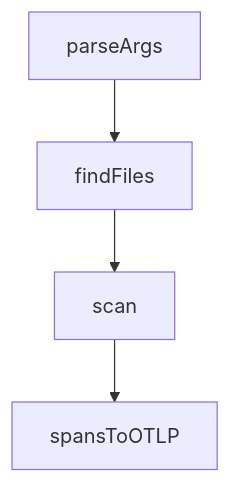
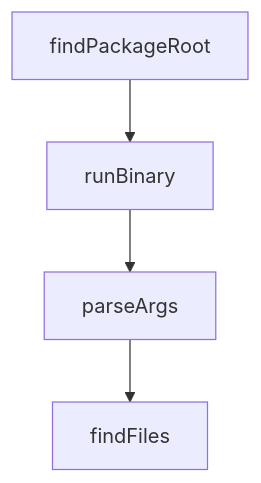
One commit to johnxie/awesome-code-docs changed the diagram in tutorials/codemachine-cli-tutorial/01-getting-started.md. Above: the diagram before and after it, drawn with Mermaid. The commit also changed other lines of this file and 1232 other files, not shown here.

````diff
--- a/tutorials/codemachine-cli-tutorial/01-getting-started.md
+++ b/tutorials/codemachine-cli-tutorial/01-getting-started.md
@@ -210,10 +208,10 @@
 ```mermaid
 flowchart TD
-    A[parseArgs]
-    B[findFiles]
-    C[scan]
-    D[spansToOTLP]
+    A[findPackageRoot]
+    B[runBinary]
+    C[parseArgs]
+    D[findFiles]
     A --> B
     B --> C
     C --> D
 ```
````
